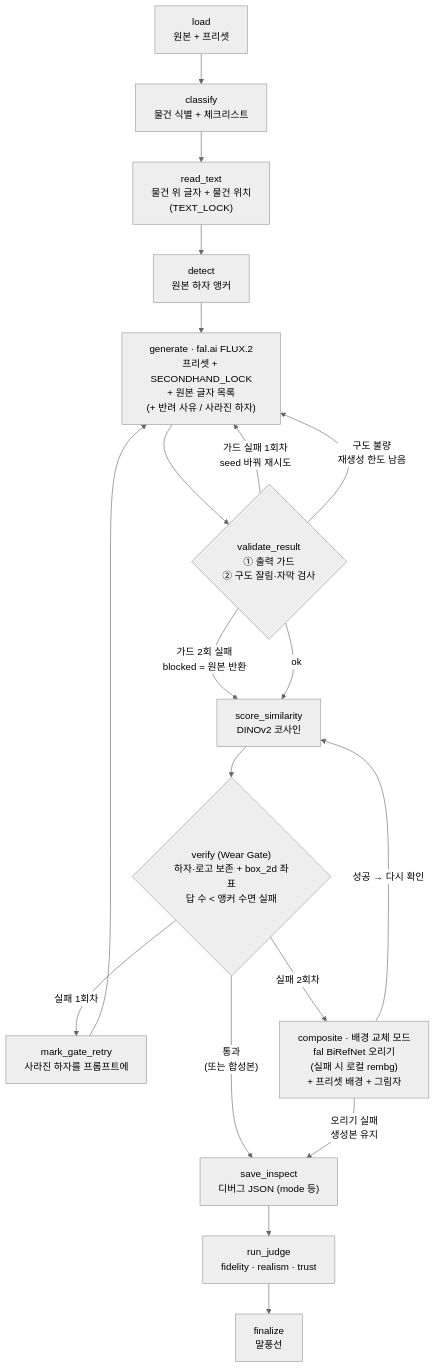
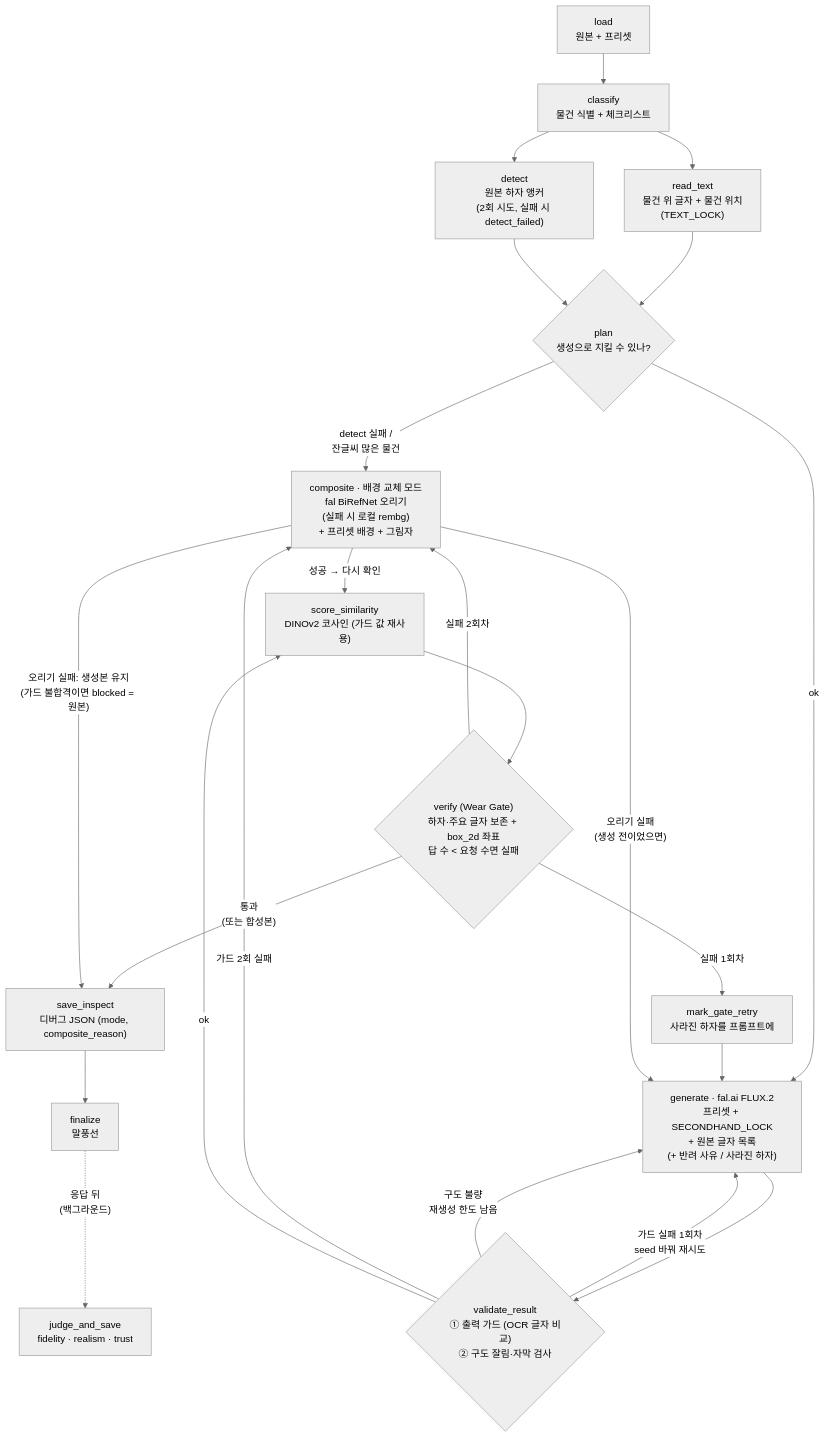
The diagram in Readme.ko.md (cha0620/Carret-App), drawn with Mermaid (neutral theme) before and after one commit. The commit also changed other lines of this file and 6 other files, not shown here.

First line of the commit message:
refactor: 채점을 그래프 밖 judge_and_save 하나로 — run_judge 노드와 judge_later 중복 제거

````diff
--- a/Readme.ko.md
+++ b/Readme.ko.md
@@ -32,21 +32,25 @@
 ```mermaid
 flowchart TD
   L["load<br/>원본 + 프리셋"] --> C["classify<br/>물건 식별 + 체크리스트"]
   C --> T["read_text<br/>물건 위 글자 + 물건 위치<br/>(TEXT_LOCK)"]
-  T --> D["detect<br/>원본 하자 앵커"]
-  D --> G["generate · fal.ai FLUX.2<br/>프리셋 + SECONDHAND_LOCK<br/>+ 원본 글자 목록<br/>(+ 반려 사유 / 사라진 하자)"]
-  G --> V{"validate_result<br/>① 출력 가드<br/>② 구도 잘림·자막 검사"}
+  C --> D["detect<br/>원본 하자 앵커<br/>(2회 시도, 실패 시 detect_failed)"]
+  T --> P{"plan<br/>생성으로 지킬 수 있나?"}
+  D --> P
+  P -->|"detect 실패 /<br/>잔글씨 많은 물건"| X
+  P -->|ok| G["generate · fal.ai FLUX.2<br/>프리셋 + SECONDHAND_LOCK<br/>+ 원본 글자 목록<br/>(+ 반려 사유 / 사라진 하자)"]
+  G --> V{"validate_result<br/>① 출력 가드 (OCR 글자 비교)<br/>② 구도 잘림·자막 검사"}
   V -->|"가드 실패 1회차<br/>seed 바꿔 재시도"| G
   V -->|"구도 불량<br/>재생성 한도 남음"| G
-  V -->|"가드 2회 실패<br/>blocked = 원본 반환"| S
-  V -->|ok| S["score_similarity<br/>DINOv2 코사인"]
-  S --> VR{"verify (Wear Gate)<br/>하자·로고 보존 + box_2d 좌표<br/>답 수 &lt; 앵커 수면 실패"}
+  V -->|"가드 2회 실패"| X
+  V -->|ok| S["score_similarity<br/>DINOv2 코사인 (가드 값 재사용)"]
+  S --> VR{"verify (Wear Gate)<br/>하자·주요 글자 보존 + box_2d 좌표<br/>답 수 &lt; 요청 수면 실패"}
   VR -->|"통과<br/>(또는 합성본)"| I
   VR -->|"실패 1회차"| R["mark_gate_retry<br/>사라진 하자를 프롬프트에"]
   R --> G
   VR -->|"실패 2회차"| X["composite · 배경 교체 모드<br/>fal BiRefNet 오리기<br/>(실패 시 로컬 rembg)<br/>+ 프리셋 배경 + 그림자"]
   X -->|"성공 → 다시 확인"| S
-  X -->|"오리기 실패<br/>생성본 유지"| I
-  I["save_inspect<br/>디버그 JSON (mode 등)"] --> J["run_judge<br/>fidelity · realism · trust"]
-  J --> F["finalize<br/>말풍선"]
+  X -->|"오리기 실패<br/>(생성 전이었으면)"| G
+  X -->|"오리기 실패: 생성본 유지<br/>(가드 불합격이면 blocked = 원본)"| I
+  I["save_inspect<br/>디버그 JSON (mode, composite_reason)"] --> F["finalize<br/>말풍선"]
+  F -.->|"응답 뒤<br/>(백그라운드)"| J["judge_and_save<br/>fidelity · realism · trust"]
 ```
````
